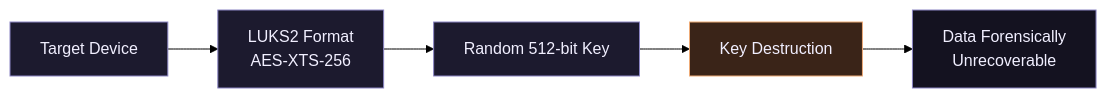
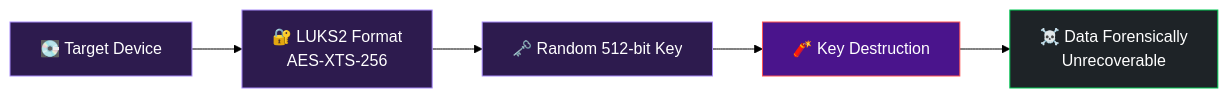
The diagram in README.md (YugRokadia/Secure-Data-Wiping-for-Trustworthy-IT-Asset-Recycling), drawn with Mermaid (forest theme) before and after one commit. The commit also changed other lines of this file, not shown here.

````diff
--- a/README.md
+++ b/README.md
@@ -21,13 +23,13 @@
 ```mermaid
 flowchart LR
-    A[Target Device] --> B[LUKS2 Format<br/>AES-XTS-256]
-    B --> C[Random 512-bit Key]
-    C --> D[Key Destruction]
-    D --> E[Data Forensically<br/>Unrecoverable]
+    A[💽 Target Device] --> B[🔐 LUKS2 Format<br/>AES-XTS-256]
+    B --> C[🗝️ Random 512-bit Key]
+    C --> D[🧨 Key Destruction]
+    D --> E[☠️ Data Forensically<br/>Unrecoverable]
 
-    style A fill:#1c1a2e,stroke:#8b85c4,color:#f1efff
-    style B fill:#1c1a2e,stroke:#8b85c4,color:#f1efff
-    style C fill:#1c1a2e,stroke:#8b85c4,color:#f1efff
-    style D fill:#3a2418,stroke:#eeab77,color:#f1efff
-    style E fill:#141220,stroke:#8b85c4,color:#f1efff
+    style A fill:#2d1b4e,stroke:#A78BFA,color:#fff
+    style B fill:#2d1b4e,stroke:#A78BFA,color:#fff
+    style C fill:#2d1b4e,stroke:#A78BFA,color:#fff
+    style D fill:#4a148c,stroke:#ff5252,color:#fff
+    style E fill:#1e2327,stroke:#00c853,color:#fff
 ```
````
